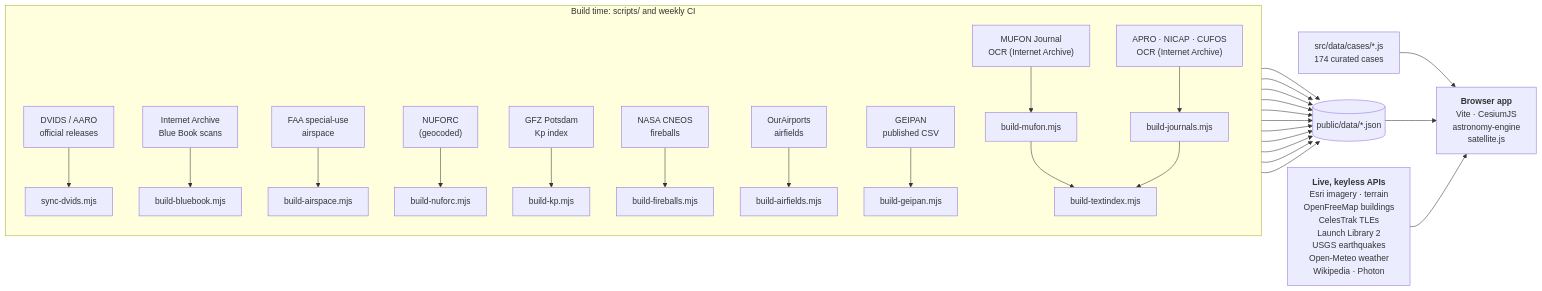
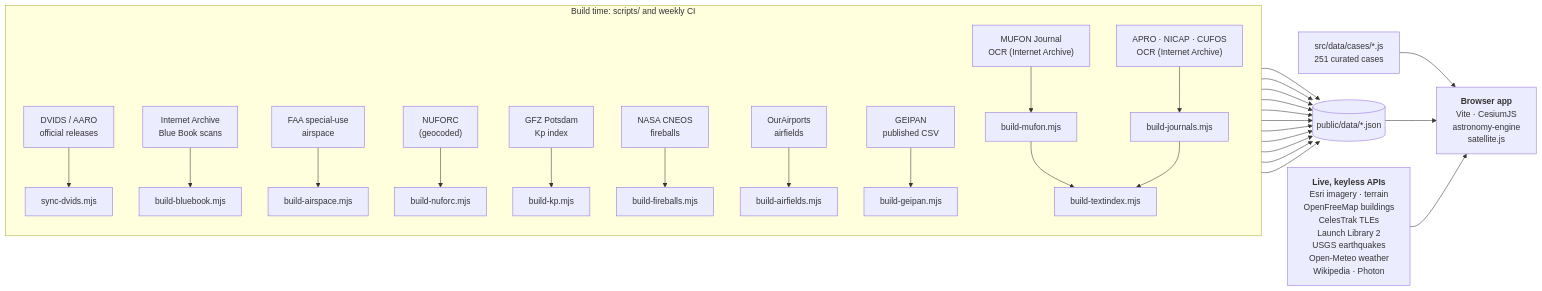
One commit to domw99/Gods-Eye-UAPs changed the diagram in README.md. Above: the diagram before and after it, drawn with Mermaid. The commit also changed other lines of this file and 26 other files, not shown here.

````diff
--- a/README.md
+++ b/README.md
@@ -391,21 +391,21 @@
 ```mermaid
 flowchart LR
   subgraph build["Build time: scripts/ and weekly CI"]
     direction TB
     DVIDS["DVIDS / AARO<br/>official releases"] --> S1["sync-dvids.mjs"]
     IA["Internet Archive<br/>Blue Book scans"] --> S2["build-bluebook.mjs"]
     FAA["FAA special-use<br/>airspace"] --> S3["build-airspace.mjs"]
     NUF["NUFORC<br/>(geocoded)"] --> S4["build-nuforc.mjs"]
     KP["GFZ Potsdam<br/>Kp index"] --> S8["build-kp.mjs"]
     FB["NASA CNEOS<br/>fireballs"] --> S10["build-fireballs.mjs"]
     OA["OurAirports<br/>airfields"] --> S9["build-airfields.mjs"]
     MUF["MUFON Journal<br/>OCR (Internet Archive)"] --> S5["build-mufon.mjs"]
     GEI["GEIPAN<br/>published CSV"] --> S6["build-geipan.mjs"]
     ARC["APRO · NICAP · CUFOS<br/>OCR (Internet Archive)"] --> S7["build-journals.mjs"]
     S5 & S7 --> S11["build-textindex.mjs"]
   end
   S1 & S2 & S3 & S4 & S5 & S6 & S7 & S8 & S9 & S10 & S11 --> DATA[("public/data/*.json")]
-  CASES["src/data/cases/*.js<br/>174 curated cases"] --> APP
+  CASES["src/data/cases/*.js<br/>251 curated cases"] --> APP
   DATA --> APP["<b>Browser app</b><br/>Vite · CesiumJS<br/>astronomy-engine<br/>satellite.js"]
   LIVE["<b>Live, keyless APIs</b><br/>Esri imagery · terrain<br/>OpenFreeMap buildings<br/>CelesTrak TLEs<br/>Launch Library 2<br/>USGS earthquakes<br/>Open-Meteo weather<br/>Wikipedia · Photon"] --> APP
 ```
````
